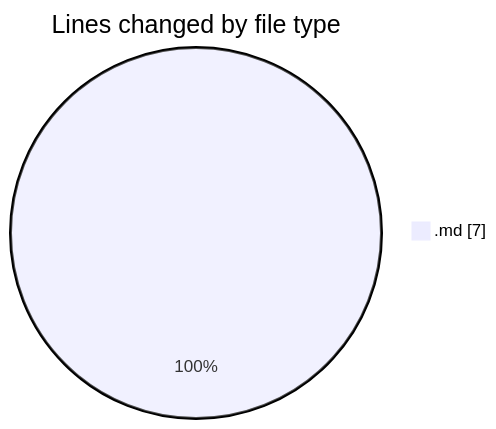
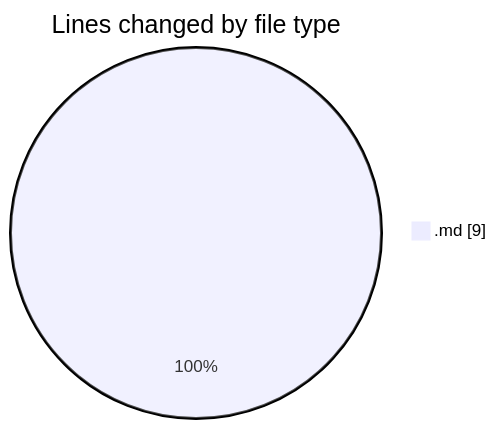
Before and after one commit to Ritupan-Deka/code-tracking: the first of 2 diagrams in 2025-07-07/urlwebwala_intership_work/README.md, drawn with Mermaid. The commit also changed other lines of this file and 1 other file, not shown here.

````diff
--- a/2025-07-07/urlwebwala_intership_work/README.md
+++ b/2025-07-07/urlwebwala_intership_work/README.md
@@ -22,5 +22,5 @@
 ```mermaid
 pie showData
 title Lines changed by file type
-".md" : 7
+".md" : 9
 ```
````
